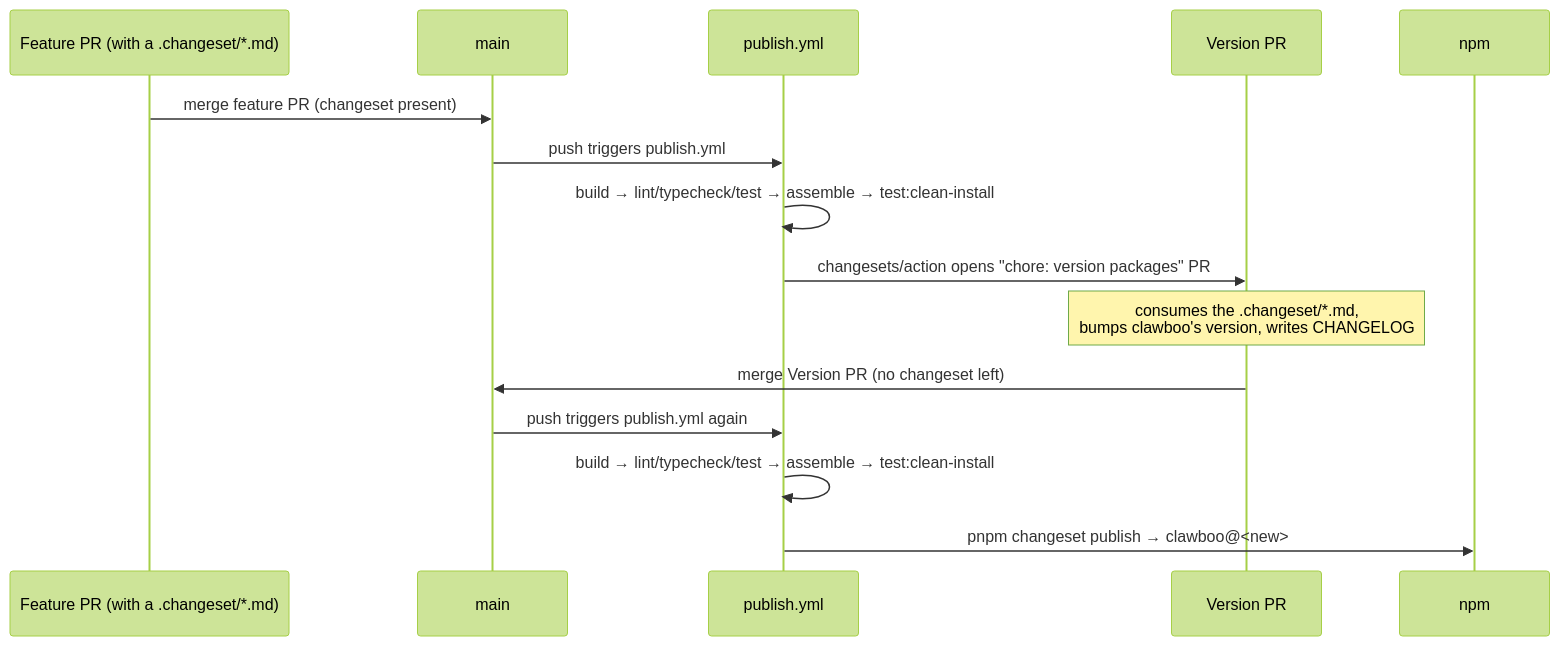
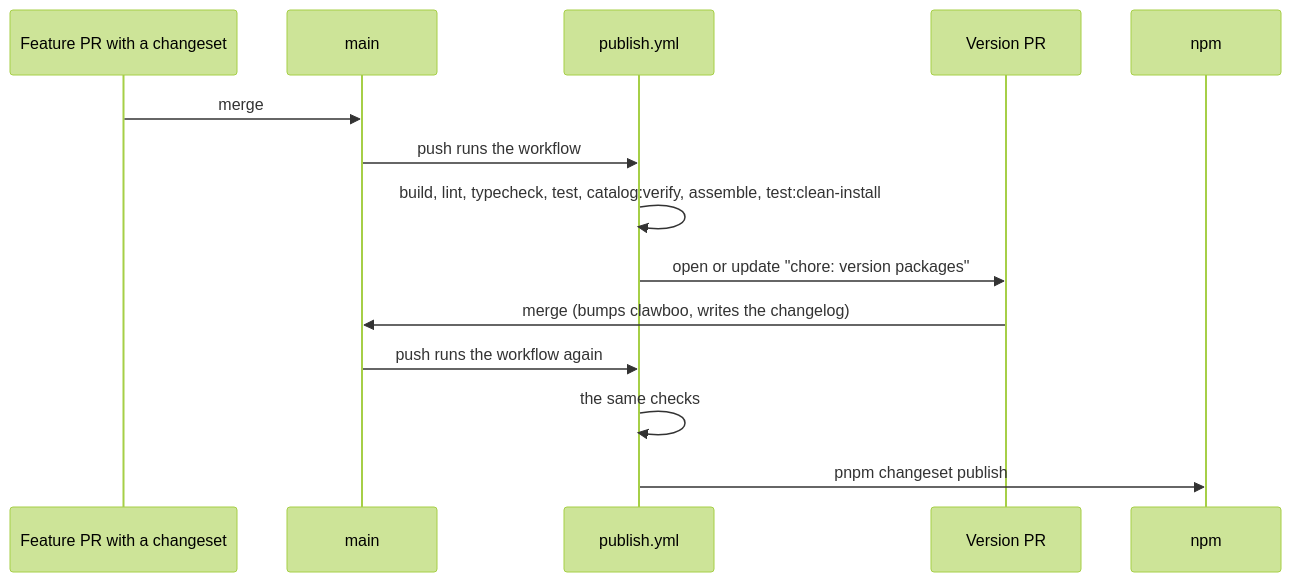
One commit to clawboo/clawboo changed the second of 2 diagrams in docs/internals/release-process.md. Above: the diagram before and after it, drawn with Mermaid (forest theme). The commit also changed other lines of this file and 81 other files, not shown here.

````diff
--- a/docs/internals/release-process.md
+++ b/docs/internals/release-process.md
@@ -118,18 +101,17 @@
 ```mermaid
 sequenceDiagram
-    participant Dev as Feature PR (with a .changeset/*.md)
+    participant PR as Feature PR with a changeset
     participant Main as main
     participant Pub as publish.yml
     participant VPR as Version PR
     participant npm
 
-    Dev->>Main: merge feature PR (changeset present)
-    Main->>Pub: push triggers publish.yml
-    Pub->>Pub: build → lint/typecheck/test → assemble → test:clean-install
-    Pub->>VPR: changesets/action opens "chore: version packages" PR
-    Note over VPR: consumes the .changeset/*.md,<br/>bumps clawboo's version, writes CHANGELOG
-    VPR->>Main: merge Version PR (no changeset left)
-    Main->>Pub: push triggers publish.yml again
-    Pub->>Pub: build → lint/typecheck/test → assemble → test:clean-install
-    Pub->>npm: pnpm changeset publish → clawboo@<new>
+    PR->>Main: merge
+    Main->>Pub: push runs the workflow
+    Pub->>Pub: build, lint, typecheck, test, catalog:verify, assemble, test:clean-install
+    Pub->>VPR: open or update "chore: version packages"
+    VPR->>Main: merge (bumps clawboo, writes the changelog)
+    Main->>Pub: push runs the workflow again
+    Pub->>Pub: the same checks
+    Pub->>npm: pnpm changeset publish
 ```
````
